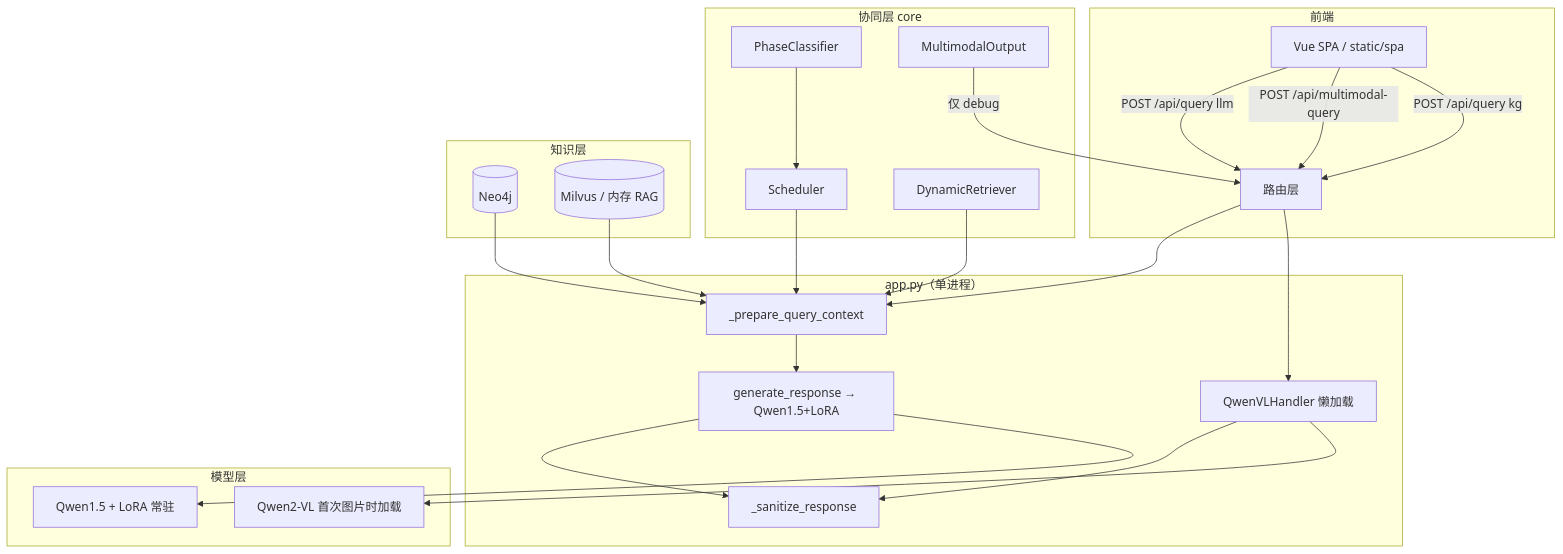
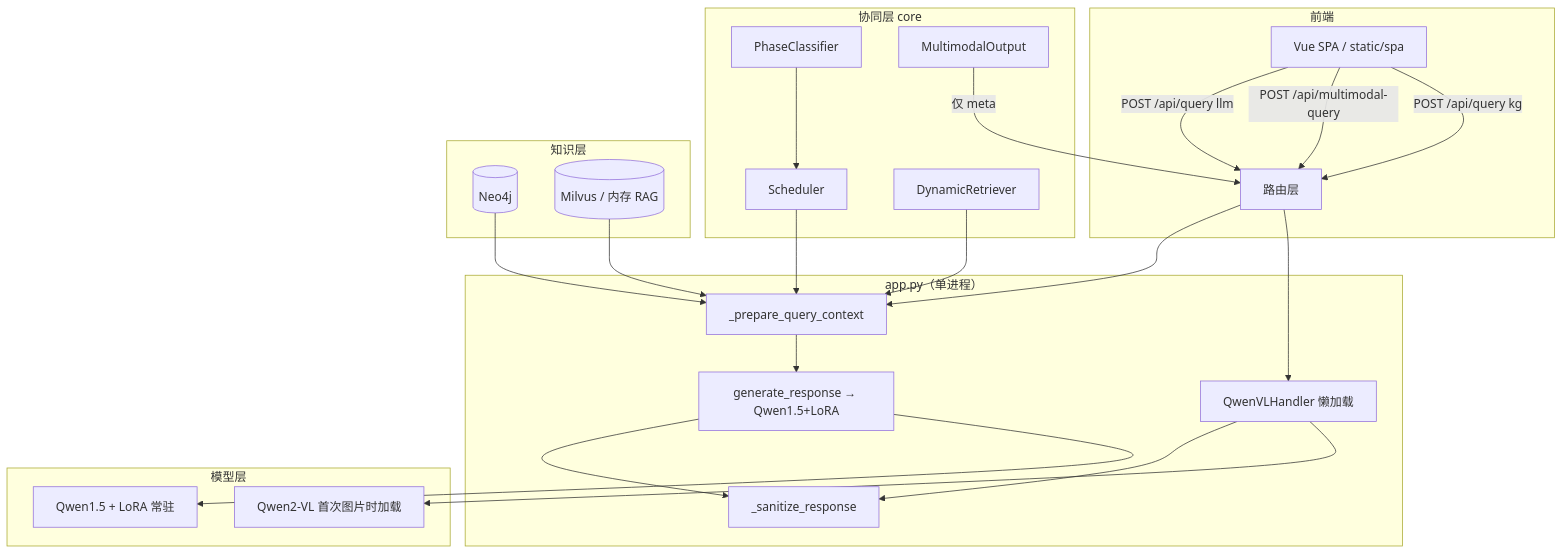
One commit to liuyijiangdada/earthquake-expert-system changed the first of 2 diagrams in docs/项目逻辑梳理与优化建议.md. Above: the diagram before and after it, drawn with Mermaid. The commit also changed other lines of this file and 23 other files, not shown here.

````diff
--- a/docs/项目逻辑梳理与优化建议.md
+++ b/docs/项目逻辑梳理与优化建议.md
@@ -22,48 +22,48 @@
 ```mermaid
 flowchart TB
     subgraph 前端
         UI[Vue SPA / static/spa]
         UI -->|POST /api/query llm| API
         UI -->|POST /api/multimodal-query| API
         UI -->|POST /api/query kg| API
     end
 
     subgraph Flask_app["app.py（单进程）"]
         API[路由层]
         CTX["_prepare_query_context"]
         GEN["generate_response → Qwen1.5+LoRA"]
         VL["QwenVLHandler 懒加载"]
         SAN["_sanitize_response"]
         API --> CTX
         CTX --> GEN
         API --> VL
         GEN --> SAN
         VL --> SAN
     end
 
     subgraph 协同层 core
         PC[PhaseClassifier]
         SCH[Scheduler]
         DR[DynamicRetriever]
         MO[MultimodalOutput]
         PC --> SCH
         SCH --> CTX
         DR --> CTX
-        MO -->|仅 debug| API
+        MO -->|仅 meta| API
     end
 
     subgraph 知识层
         NEO[(Neo4j)]
         RAG[(Milvus / 内存 RAG)]
         NEO --> CTX
         RAG --> CTX
     end
 
     subgraph 模型层
         LLM[Qwen1.5 + LoRA 常驻]
         QVL[Qwen2-VL 首次图片时加载]
     end
 
     GEN --> LLM
     VL --> QVL
 ```
````
